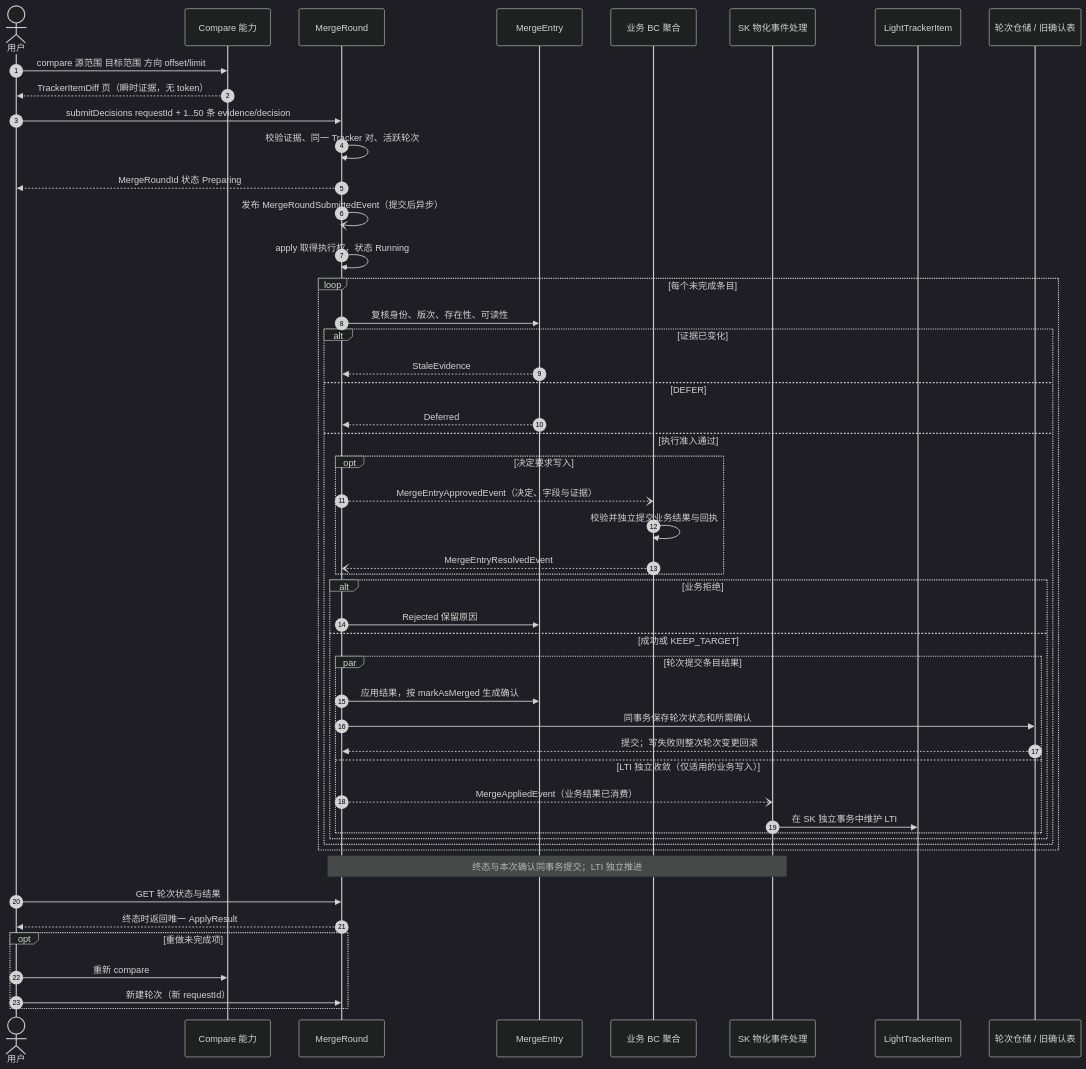
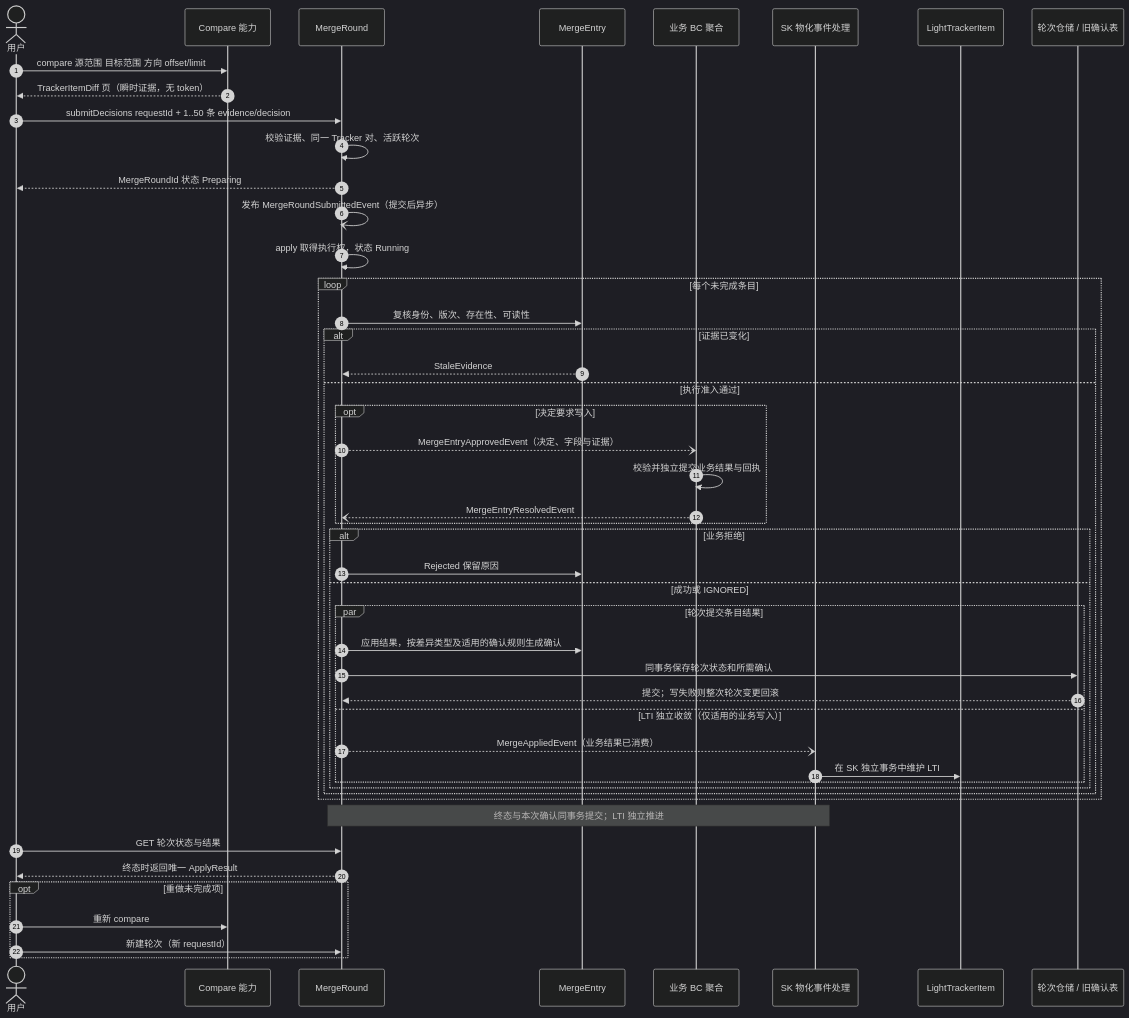
Before and after one commit to Greytrack/ddd-workingset: the first of 4 diagrams in docs/working-set/diagrams/merge-entry-lifecycle.md, drawn with Mermaid (dark theme). The commit also changed other lines of this file and 33 other files, not shown here.

````diff
--- a/docs/working-set/diagrams/merge-entry-lifecycle.md
+++ b/docs/working-set/diagrams/merge-entry-lifecycle.md
@@ -19,56 +19,54 @@
 ```mermaid
 sequenceDiagram
     autonumber
     actor U as 用户
     participant D as Compare 能力
     participant R as MergeRound
     participant E as MergeEntry
     participant BC as 业务 BC 聚合
     participant H as SK 物化事件处理
     participant L as LightTrackerItem
     participant C as 轮次仓储 / 旧确认表
 
     U->>D: compare 源范围 目标范围 方向 offset/limit
     D-->>U: TrackerItemDiff 页（瞬时证据，无 token）
 
     U->>R: submitDecisions requestId + 1..50 条 evidence/decision
     R->>R: 校验证据、同一 Tracker 对、活跃轮次
     R-->>U: MergeRoundId 状态 Preparing
     R-)R: 发布 MergeRoundSubmittedEvent（提交后异步）
 
     R->>R: apply 取得执行权，状态 Running
     loop 每个未完成条目
         R->>E: 复核身份、版次、存在性、可读性
         alt 证据已变化
             E-->>R: StaleEvidence
-        else DEFER
-            E-->>R: Deferred
         else 执行准入通过
             opt 决定要求写入
                 R--)BC: MergeEntryApprovedEvent（决定、字段与证据）
                 BC->>BC: 校验并独立提交业务结果与回执
                 BC--)R: MergeEntryResolvedEvent
             end
             alt 业务拒绝
                 R->>E: Rejected 保留原因
-            else 成功或 KEEP_TARGET
+            else 成功或 IGNORED
                 par 轮次提交条目结果
-                    R->>E: 应用结果，按 markAsMerged 生成确认
+                    R->>E: 应用结果，按差异类型及适用的确认规则生成确认
                     R->>C: 同事务保存轮次状态和所需确认
                     C-->>R: 提交；写失败则整次轮次变更回滚
                 and LTI 独立收敛（仅适用的业务写入）
                     R--)H: MergeAppliedEvent（业务结果已消费）
                     H->>L: 在 SK 独立事务中维护 LTI
                 end
             end
         end
     end
     Note over R,H: 终态与本次确认同事务提交；LTI 独立推进
     U->>R: GET 轮次状态与结果
     R-->>U: 终态时返回唯一 ApplyResult
 
     opt 重做未完成项
         U->>D: 重新 compare
         U->>R: 新建轮次（新 requestId）
     end
 ```
````
